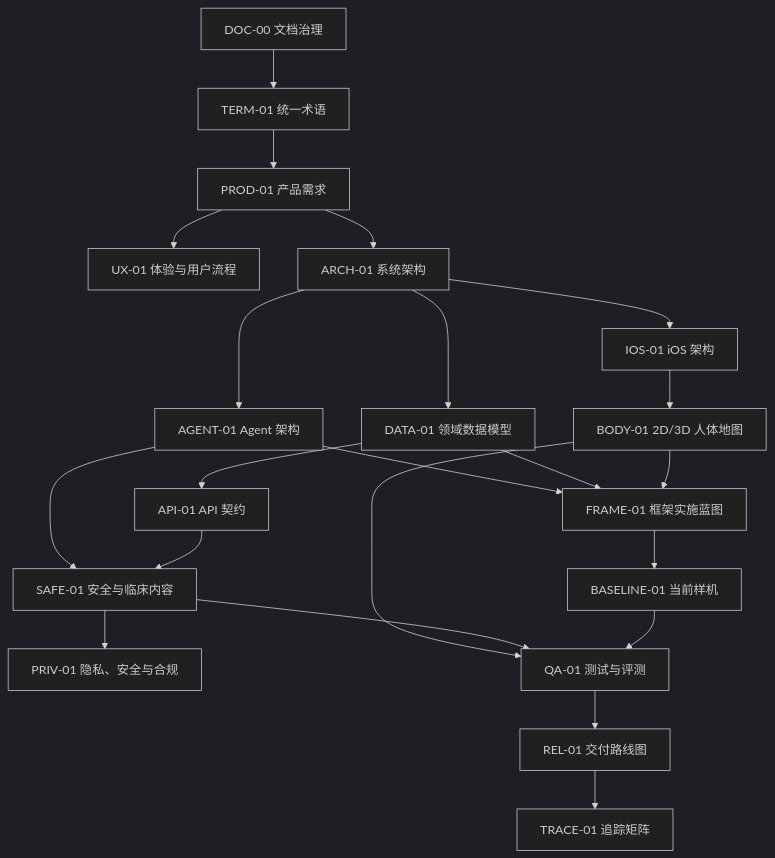
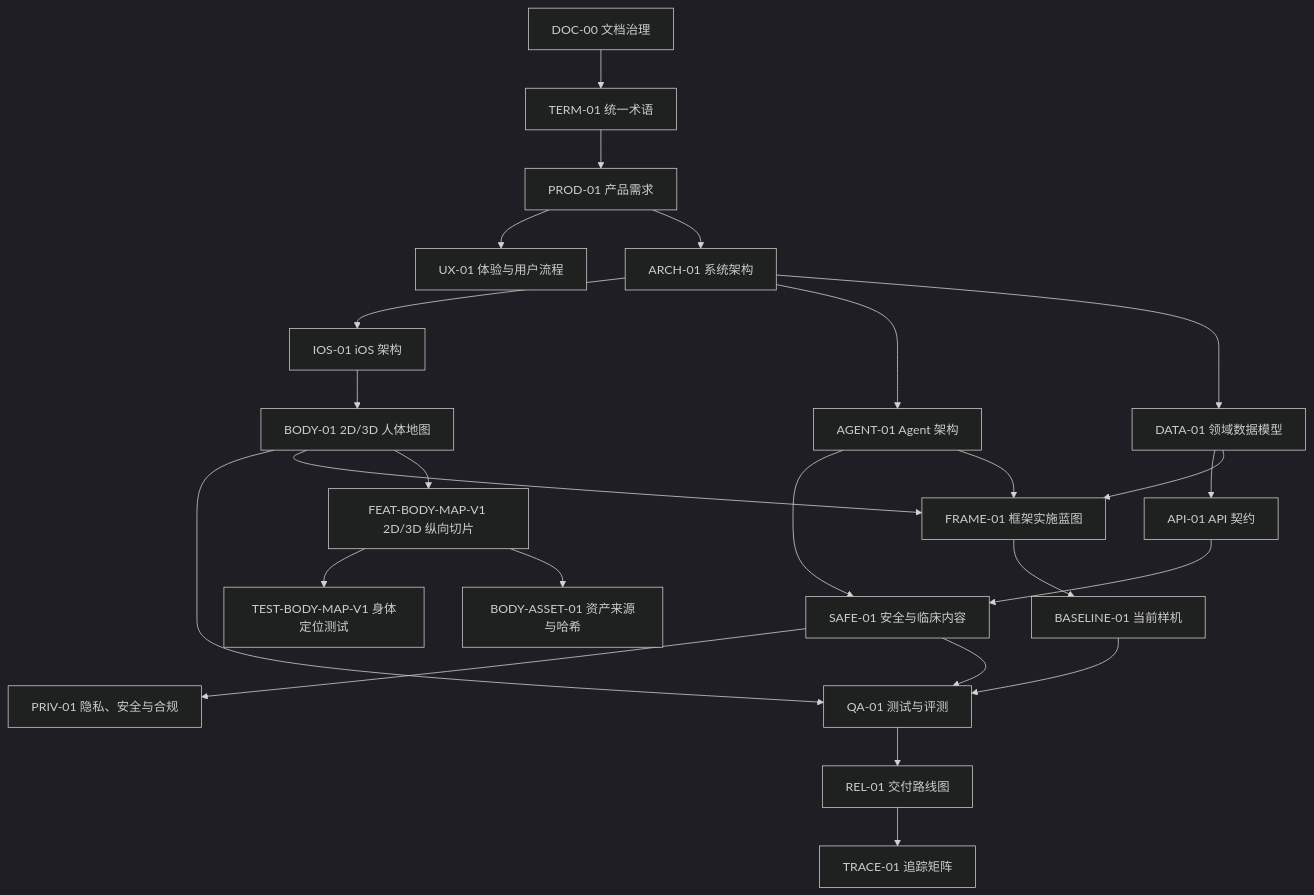
Before and after one commit to liudejua27-blip/doctor: the diagram in docs/README.md, drawn with Mermaid (dark theme). The commit also changed other lines of this file and 20 other files, not shown here.

Commit message:
feat: add full body map prototype slice

````diff
--- a/docs/README.md
+++ b/docs/README.md
@@ -22,24 +22,27 @@
 ```mermaid
 flowchart TD
     A["DOC-00 文档治理"] --> B["TERM-01 统一术语"]
     B --> C["PROD-01 产品需求"]
     C --> D["UX-01 体验与用户流程"]
     C --> E["ARCH-01 系统架构"]
     E --> F["IOS-01 iOS 架构"]
     E --> G["AGENT-01 Agent 架构"]
     E --> H["DATA-01 领域数据模型"]
     H --> I["API-01 API 契约"]
     F --> J["BODY-01 2D/3D 人体地图"]
     G --> K["SAFE-01 安全与临床内容"]
     I --> K
     K --> L["PRIV-01 隐私、安全与合规"]
     J --> M["QA-01 测试与评测"]
     K --> M
     G --> R["FRAME-01 框架实施蓝图"]
     H --> R
     J --> R
     R --> S["BASELINE-01 当前样机"]
     S --> M
     M --> N["REL-01 交付路线图"]
     N --> O["TRACE-01 追踪矩阵"]
+    J --> P["FEAT-BODY-MAP-V1 2D/3D 纵向切片"]
+    P --> Q["TEST-BODY-MAP-V1 身体定位测试"]
+    P --> T["BODY-ASSET-01 资产来源与哈希"]
 ```
````
